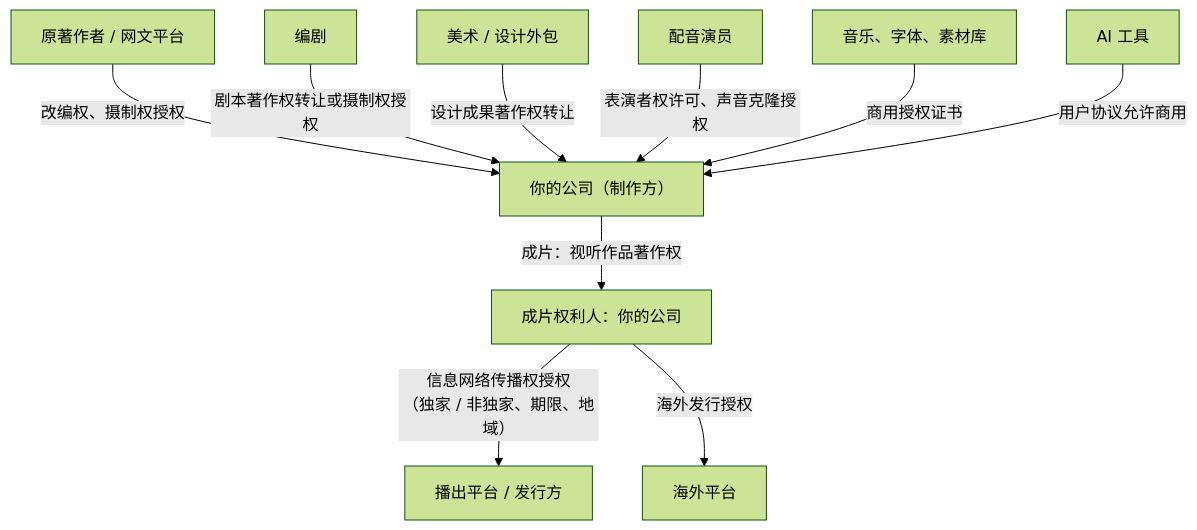
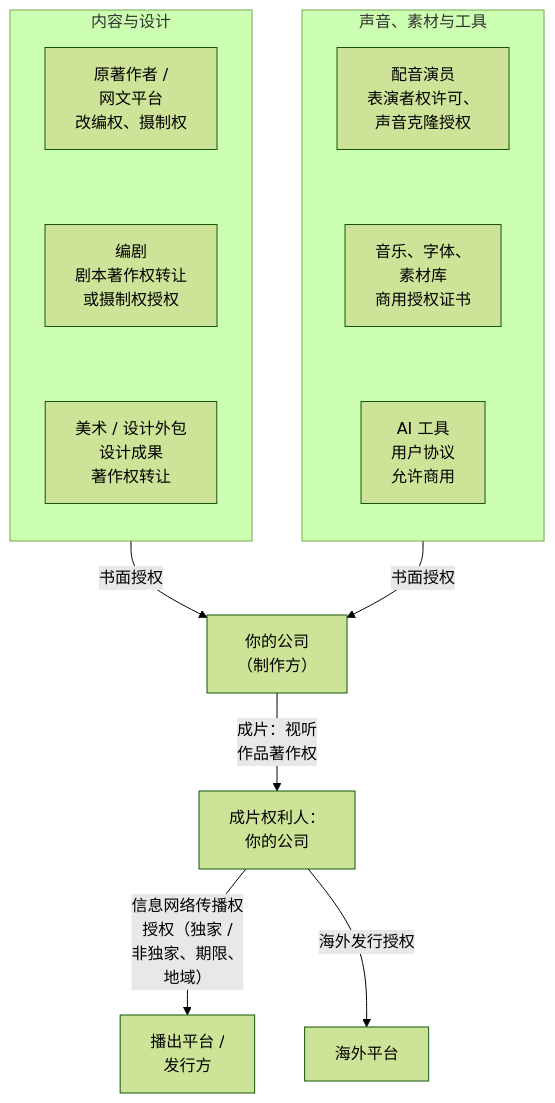
The first of 3 diagrams in books/drama-distribution/08-copyright.md (jarvis-pro/hatch-shelf), drawn with Mermaid (forest theme) before and after one commit. The commit also changed other lines of this file and 432 other files, not shown here.

````diff
--- a/books/drama-distribution/08-copyright.md
+++ b/books/drama-distribution/08-copyright.md
@@ -45,12 +45,15 @@
 ```mermaid
 flowchart TD
-  A["原著作者 / 网文平台"] -->|"改编权、摄制权授权"| B["你的公司（制作方）"]
-  C["编剧"] -->|"剧本著作权转让或摄制权授权"| B
-  D["美术 / 设计外包"] -->|"设计成果著作权转让"| B
-  E["配音演员"] -->|"表演者权许可、声音克隆授权"| B
-  F["音乐、字体、素材库"] -->|"商用授权证书"| B
-  G["AI 工具"] -->|"用户协议允许商用"| B
-  B -->|"成片：视听作品著作权"| H["成片权利人：你的公司"]
-  H -->|"信息网络传播权授权<br/>（独家 / 非独家、期限、地域）"| I["播出平台 / 发行方"]
+  CONTENT & MEDIA -->|"书面授权"| B["你的公司<br/>（制作方）"]
+  subgraph CONTENT["内容与设计"]
+    direction TB
+    A["原著作者 /<br/>网文平台<br/>改编权、摄制权"] ~~~ C["编剧<br/>剧本著作权转让<br/>或摄制权授权"] ~~~ D["美术 / 设计外包<br/>设计成果<br/>著作权转让"]
+  end
+  subgraph MEDIA["声音、素材与工具"]
+    direction TB
+    E["配音演员<br/>表演者权许可、<br/>声音克隆授权"] ~~~ F["音乐、字体、<br/>素材库<br/>商用授权证书"] ~~~ G["AI 工具<br/>用户协议<br/>允许商用"]
+  end
+  B -->|"成片：视听<br/>作品著作权"| H["成片权利人：<br/>你的公司"]
+  H -->|"信息网络传播权<br/>授权（独家 /<br/>非独家、期限、<br/>地域）"| I["播出平台 /<br/>发行方"]
   H -->|"海外发行授权"| J["海外平台"]
 ```
````
